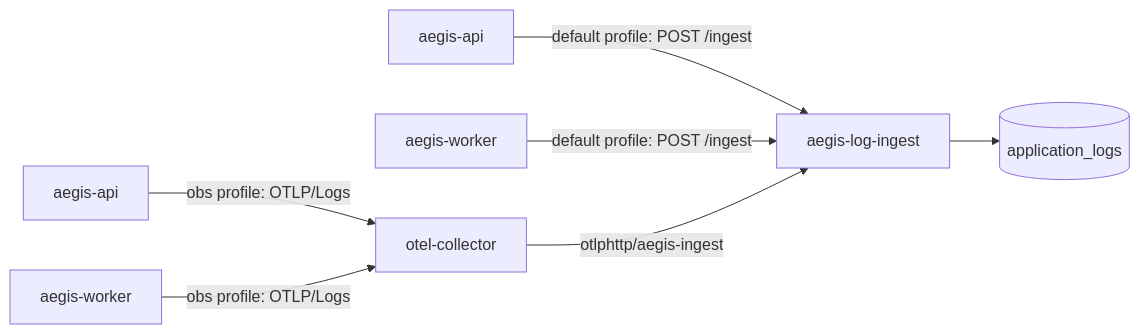
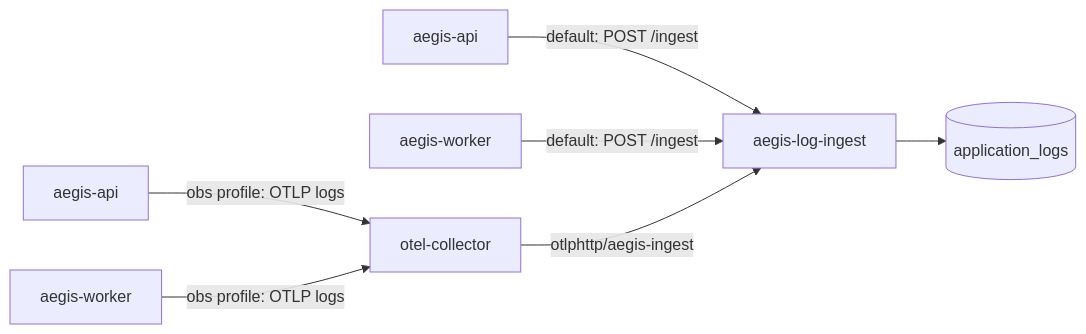
One commit to IntelliBridge/ndia-red-team-simulator changed the third of 4 diagrams in docs/architecture/observability.md. Above: the diagram before and after it, drawn with Mermaid. The commit also changed other lines of this file and 8 other files, not shown here.

First line of the commit message:
mkdocs: fix every mermaid diagram against the Mermaid 11 parser

````diff
--- a/docs/architecture/observability.md
+++ b/docs/architecture/observability.md
@@ -110,11 +111,11 @@
 ```mermaid
 flowchart LR
-  apiA[aegis-api] -- "default profile: POST /ingest" --> LI[aegis-log-ingest]
-  workerA[aegis-worker] -- "default profile: POST /ingest" --> LI
+  apiA["aegis-api"] -- "default: POST /ingest" --> LI["aegis-log-ingest"]
+  workerA["aegis-worker"] -- "default: POST /ingest" --> LI
 
-  apiB[aegis-api] -- "obs profile: OTLP/Logs" --> COL[otel-collector]
-  workerB[aegis-worker] -- "obs profile: OTLP/Logs" --> COL
+  apiB["aegis-api"] -- "obs profile: OTLP logs" --> COL["otel-collector"]
+  workerB["aegis-worker"] -- "obs profile: OTLP logs" --> COL
   COL -- "otlphttp/aegis-ingest" --> LI
 
-  LI --> pg[(application_logs)]
+  LI --> pg[("application_logs")]
 ```
````
